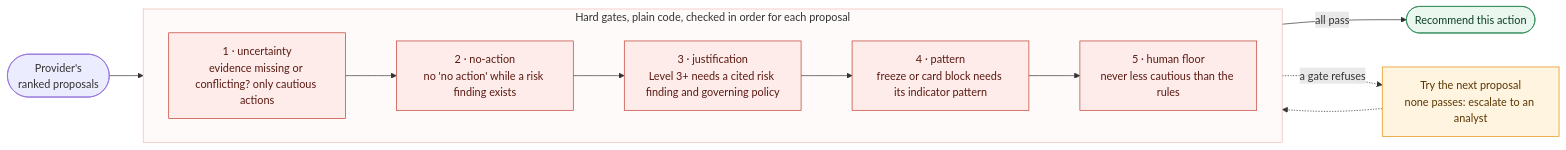
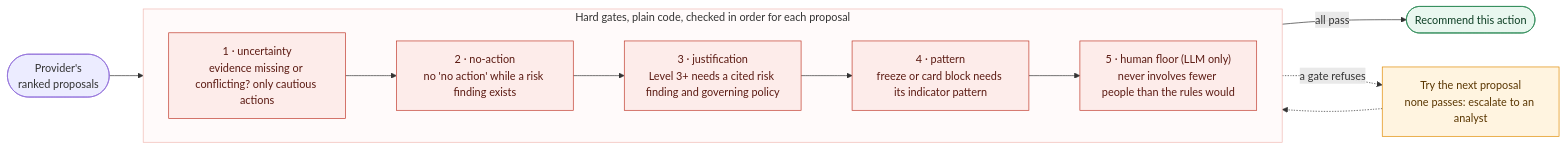
One commit to mk-2007/Agentic-Banking changed the fifth of 6 diagrams in README.md. Above: the diagram before and after it, drawn with Mermaid. The commit also changed other lines of this file and 2 other files, not shown here.

````diff
--- a/README.md
+++ b/README.md
@@ -276,22 +276,22 @@
 ```mermaid
 flowchart LR
     P(["Provider's<br/>ranked proposals"]) --> G1
     subgraph GATES["Hard gates, plain code, checked in order for each proposal"]
         direction LR
         G1["1 · uncertainty<br/>evidence missing or conflicting? only cautious actions"] --> G2["2 · no-action<br/>no 'no action' while a risk finding exists"]
         G2 --> G3["3 · justification<br/>Level 3+ needs a cited risk finding and governing policy"]
         G3 --> G4["4 · pattern<br/>freeze or card block needs its indicator pattern"]
-        G4 --> G5["5 · human floor<br/>never less cautious than the rules"]
+        G4 --> G5["5 · human floor (LLM only)<br/>never involves fewer people than the rules would"]
     end
     G5 -->|"all pass"| OK(["Recommend this action"])
     GATES -.->|"a gate refuses"| NEXT["Try the next proposal<br/>none passes: escalate to an analyst"]
     NEXT -.-> G1
 
     classDef gate fill:#fdecea,stroke:#c0392b,color:#5b1a12
     classDef ok fill:#e9f7ef,stroke:#2e8b57,color:#0b3d22
     classDef step fill:#fff4e0,stroke:#e08a00,color:#5a3600
     class G1,G2,G3,G4,G5 gate
     class OK ok
     class NEXT step
     style GATES fill:#fffafa,stroke:#f0b9b3
 ```
````
